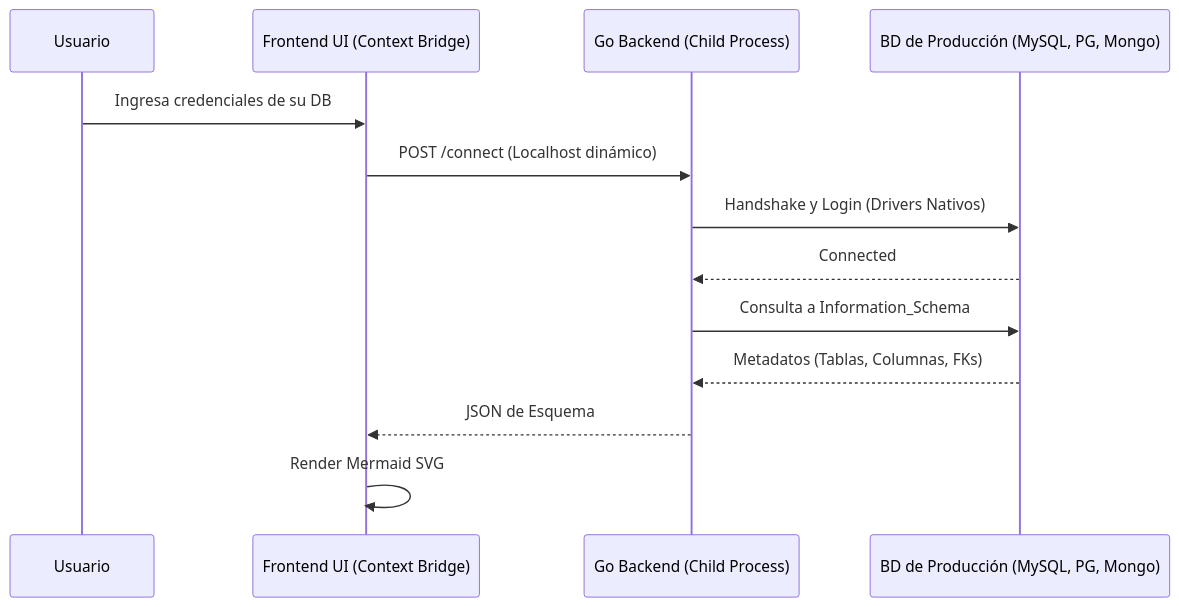
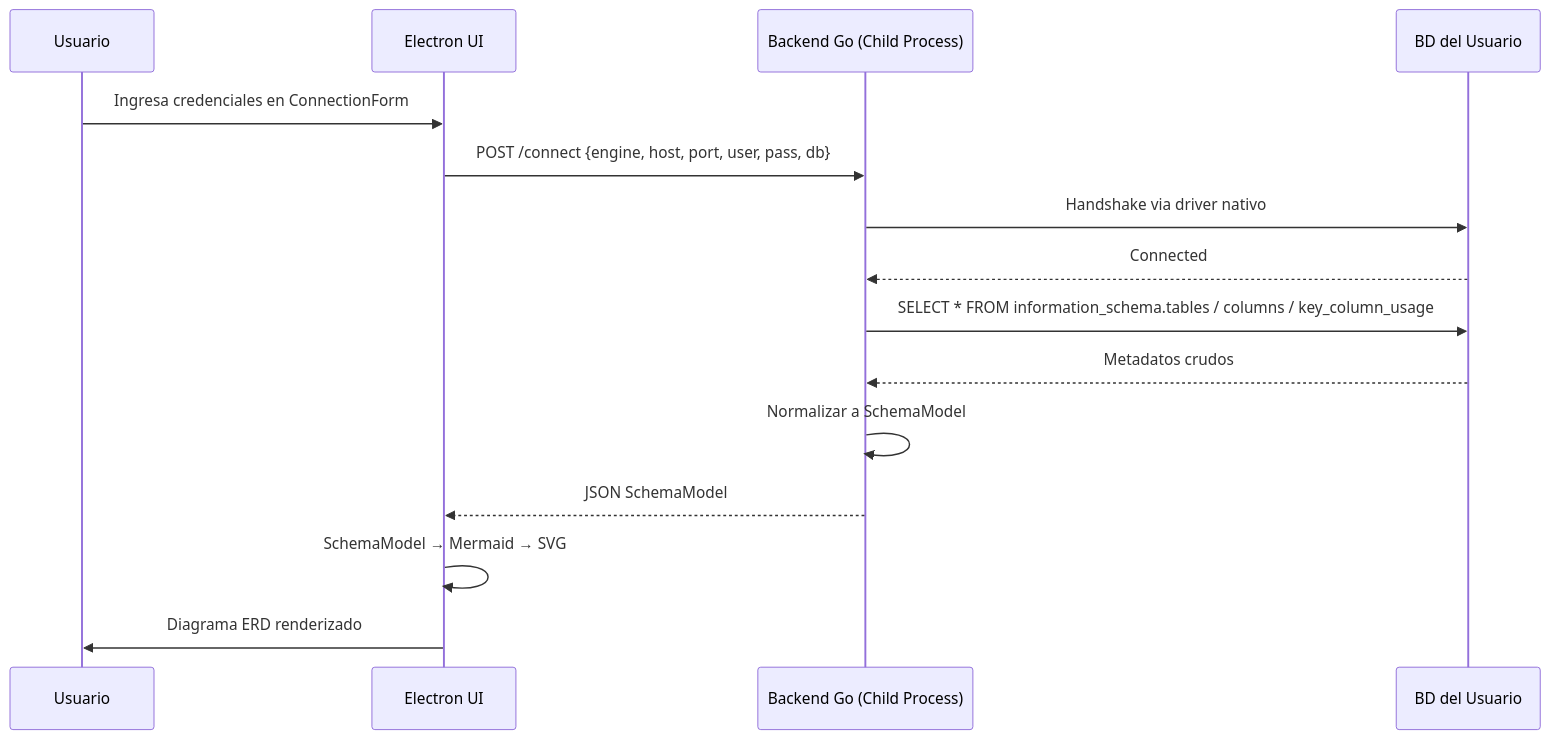
Before and after one commit to UPT-FAING-EPIS/proyecto-si783-2026-i-u1-generador-de-diagramas-de-base: the fourth of 4 diagrams in doc/FD04-Informe-Arquitectura-Software.md, drawn with Mermaid. The commit also changed other lines of this file and 9 other files, not shown here.

````diff
--- a/doc/FD04-Informe-Arquitectura-Software.md
+++ b/doc/FD04-Informe-Arquitectura-Software.md
@@ -85,16 +181,18 @@
 ```mermaid
 sequenceDiagram
     participant U as Usuario
-    participant Electron as Frontend UI (Context Bridge)
-    participant Go as Go Backend (Child Process)
-    participant DB as BD de Producción (MySQL, PG, Mongo)
+    participant Electron as Electron UI
+    participant Go as Backend Go (Child Process)
+    participant DB as BD del Usuario
 
-    U->>Electron: Ingresa credenciales de su DB
-    Electron->>Go: POST /connect (Localhost dinámico)
-    Go->>DB: Handshake y Login (Drivers Nativos)
+    U->>Electron: Ingresa credenciales en ConnectionForm
+    Electron->>Go: POST /connect {engine, host, port, user, pass, db}
+    Go->>DB: Handshake via driver nativo
     DB-->>Go: Connected
-    Go->>DB: Consulta a Information_Schema
-    DB-->>Go: Metadatos (Tablas, Columnas, FKs)
-    Go-->>Electron: JSON de Esquema
-    Electron->>Electron: Render Mermaid SVG
+    Go->>DB: SELECT * FROM information_schema.tables / columns / key_column_usage
+    DB-->>Go: Metadatos crudos
+    Go->>Go: Normalizar a SchemaModel
+    Go-->>Electron: JSON SchemaModel
+    Electron->>Electron: SchemaModel → Mermaid → SVG
+    Electron->>U: Diagrama ERD renderizado
 ```
````
